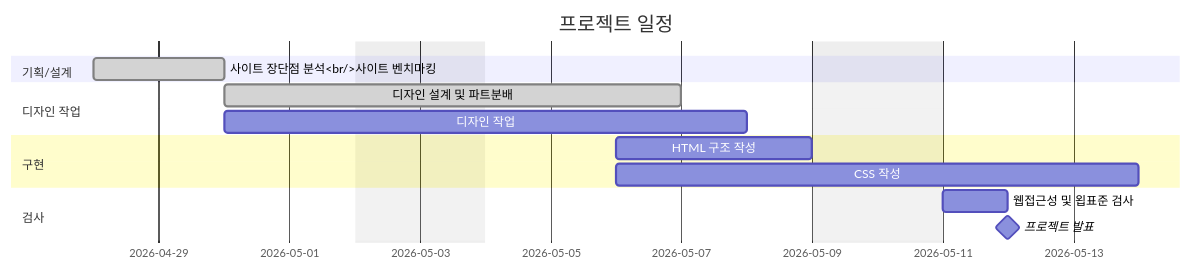
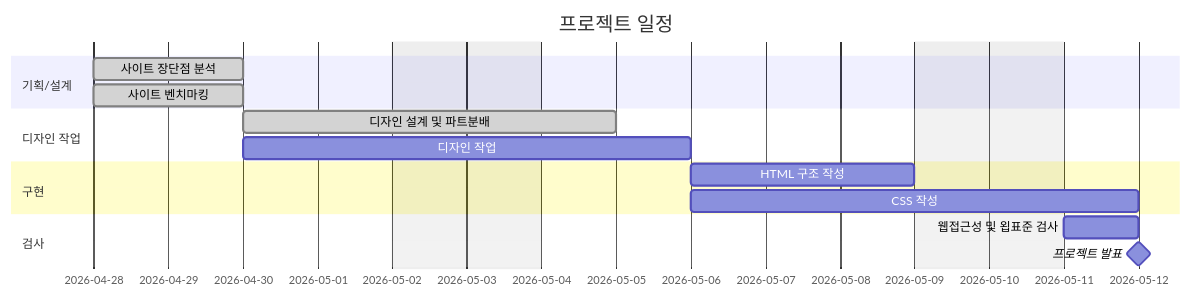
One commit to eodrn7021-cell/est_13_1st_project_clone changed the diagram in README.md. Above: the diagram before and after it, drawn with Mermaid. The commit also changed other lines of this file, not shown here.

Commit message:
doc: 프로젝트 일정 수정

````diff
--- a/README.md
+++ b/README.md
@@ -26,21 +26,22 @@
 ```mermaid
 gantt
     title 프로젝트 일정
     dateFormat  YYYY-MM-DD
     excludes    weekends
 
     section 기획/설계
-    사이트 장단점 분석<br/>사이트 벤치마킹 :done, 2026-04-28, 2d
+    사이트 장단점 분석 :done, 2026-04-28, 2d
+    사이트 벤치마킹 :done, 2026-04-28, 2d
 
     section 디자인 작업
-    디자인 설계 및 파트분배 :done, 2026-04-30, 5d
-    디자인 작업 : 2026-04-30, 6d
+    디자인 설계 및 파트분배 :done, 2026-04-30, 3d
+    디자인 작업 : 2026-04-30, 4d
 
     section 구현
     HTML 구조 작성 : 2026-05-06, 3d
-    CSS 작성 : 2026-05-06, 6d
+    CSS 작성 : 2026-05-06, 4d
 
     section 검사
     웹접근성 및 욉표준 검사 : 2026-05-11, 1d
     프로젝트 발표 : milestone, 2026-05-12, 0d
 ```
````
